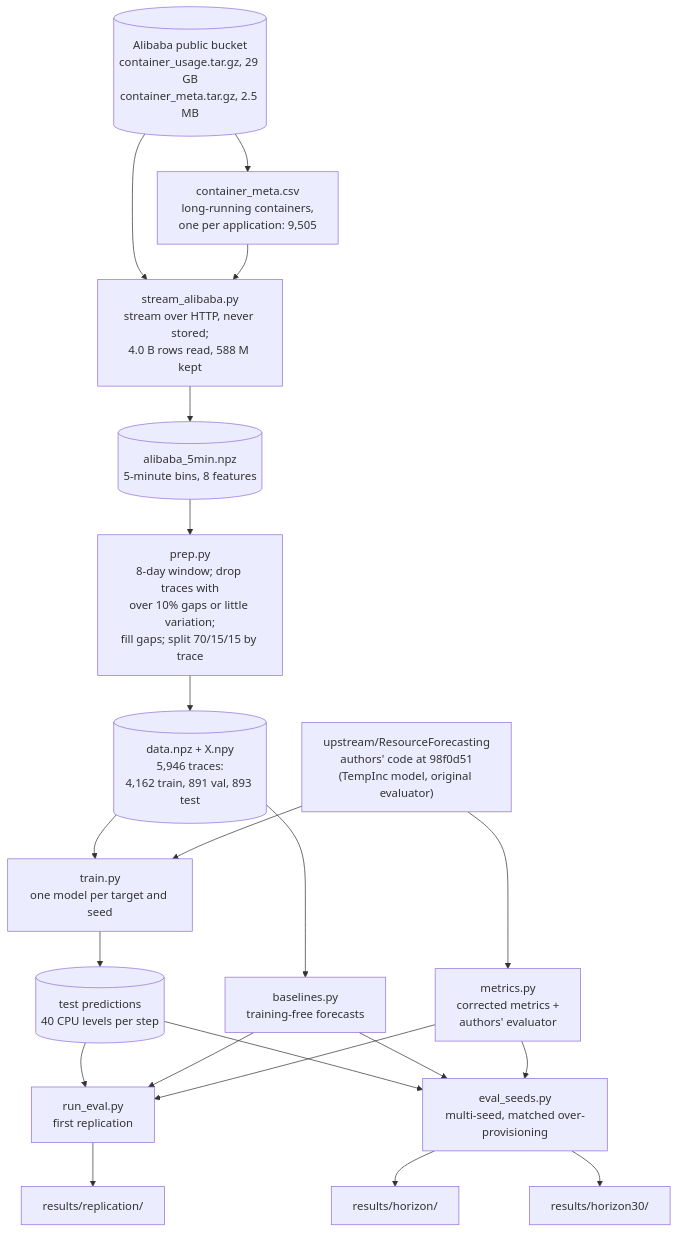
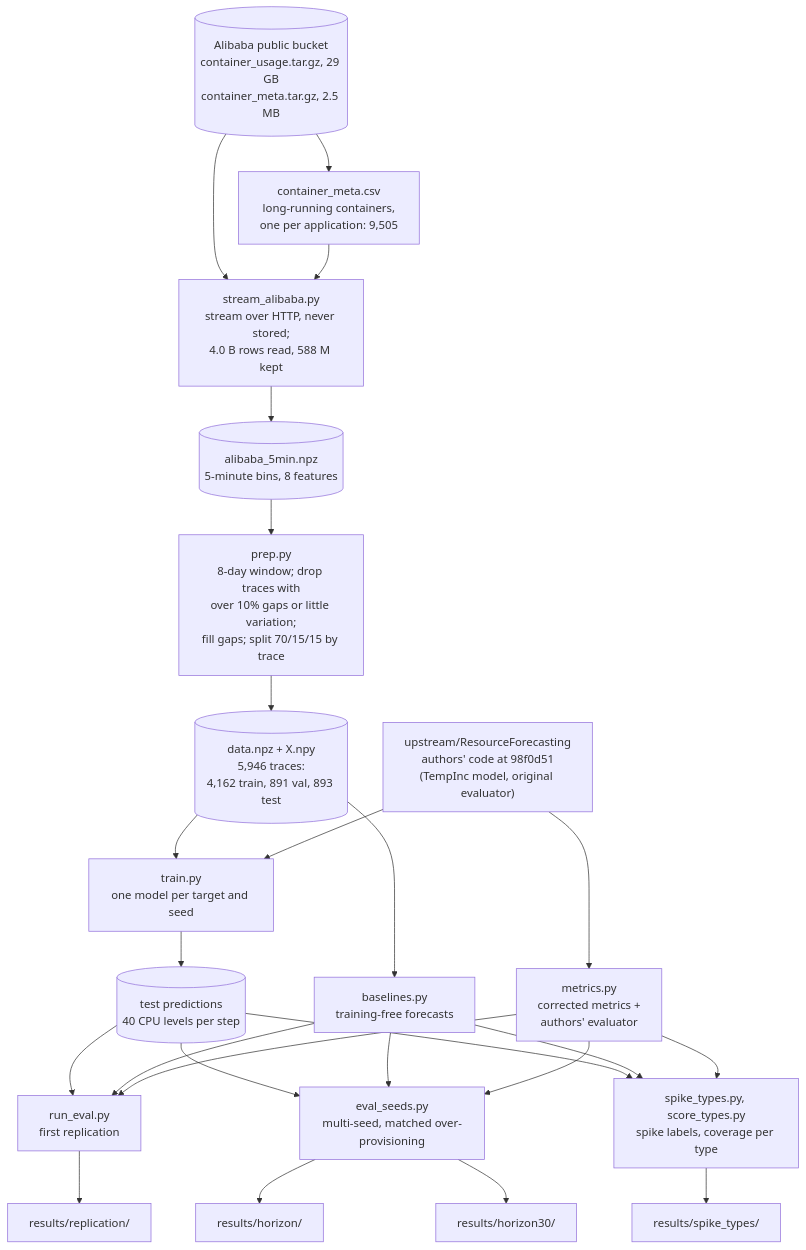
One commit to ashutosharma2/SpikeCheck changed the first of 5 diagrams in docs/architecture.md. Above: the diagram before and after it, drawn with Mermaid. The commit also changed other lines of this file and 5 other files, not shown here.

First line of the commit message:
Write up the spike-type results

````diff
--- a/docs/architecture.md
+++ b/docs/architecture.md
@@ -26,39 +26,45 @@
 ```mermaid
 flowchart TD
     OSS[("Alibaba public bucket<br/>container_usage.tar.gz, 29 GB<br/>container_meta.tar.gz, 2.5 MB")]
     META["container_meta.csv<br/>long-running containers,<br/>one per application: 9,505"]
     STREAM["stream_alibaba.py<br/>stream over HTTP, never stored;<br/>4.0 B rows read, 588 M kept"]
     AGG[("alibaba_5min.npz<br/>5-minute bins, 8 features")]
     PREP["prep.py<br/>8-day window; drop traces with<br/>over 10% gaps or little variation;<br/>fill gaps; split 70/15/15 by trace"]
     DATA[("data.npz + X.npy<br/>5,946 traces:<br/>4,162 train, 891 val, 893 test")]
     UP["upstream/ResourceForecasting<br/>authors' code at 98f0d51<br/>(TempInc model, original evaluator)"]
     TRAIN["train.py<br/>one model per target and seed"]
     PROBS[("test predictions<br/>40 CPU levels per step")]
     BASE["baselines.py<br/>training-free forecasts"]
     EVAL1["run_eval.py<br/>first replication"]
     EVAL2["eval_seeds.py<br/>multi-seed, matched over-provisioning"]
     M["metrics.py<br/>corrected metrics +<br/>authors' evaluator"]
     R1["results/replication/"]
     R2["results/horizon/"]
     R3["results/horizon30/"]
+    EVAL3["spike_types.py, score_types.py<br/>spike labels, coverage per type"]
+    R4["results/spike_types/"]
 
     OSS --> META
     OSS --> STREAM
     META --> STREAM
     STREAM --> AGG --> PREP --> DATA
     DATA --> TRAIN
     UP --> TRAIN
     TRAIN --> PROBS
     PROBS --> EVAL1
     PROBS --> EVAL2
     DATA --> BASE
     BASE --> EVAL1
     BASE --> EVAL2
     M --> EVAL1
     M --> EVAL2
     UP --> M
     EVAL1 --> R1
     EVAL2 --> R2
     EVAL2 --> R3
+    PROBS --> EVAL3
+    BASE --> EVAL3
+    M --> EVAL3
+    EVAL3 --> R4
 
 ```
````
